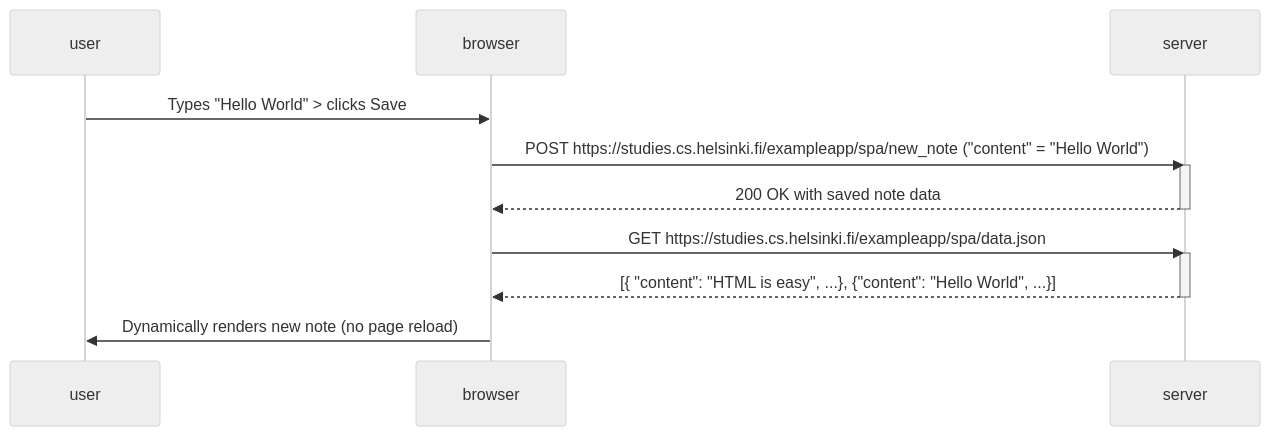
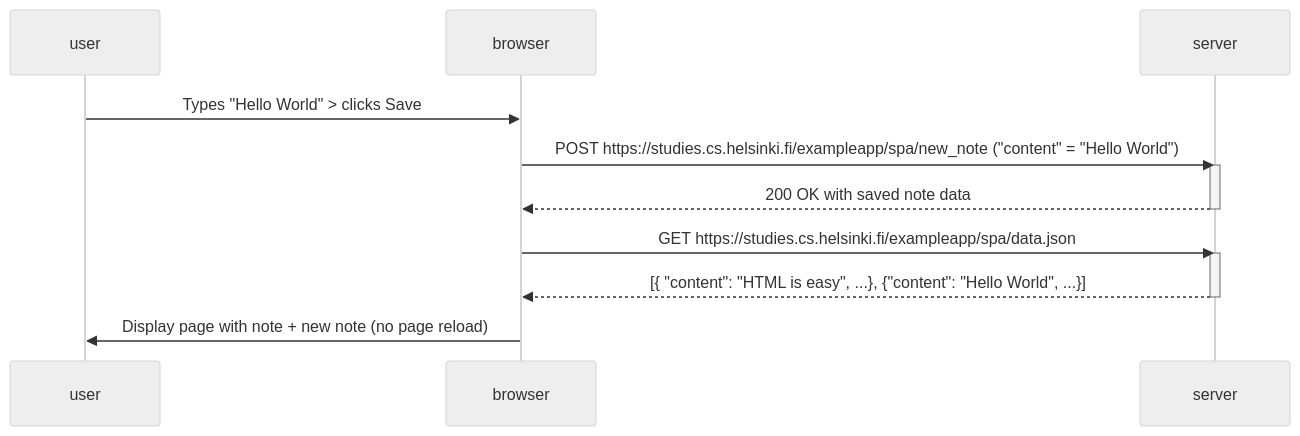
The diagram in part0 (0.4-0.6)/0.6.md (Kskx2203/fullStackOpen), drawn with Mermaid (neutral theme) before and after one commit.

````diff
--- a/part0 (0.4-0.6)/0.6.md
+++ b/part0 (0.4-0.6)/0.6.md
@@ -1,20 +1,20 @@
 ```mermaid
 sequenceDiagram
     participant user
     participant browser
     participant server
 
     %% User enters new note "Hello World"
     user->>browser: Types "Hello World" > clicks Save
     browser->>server: POST https://studies.cs.helsinki.fi/exampleapp/spa/new_note ("content" = "Hello World")
     activate server
     %% No redirect after POST
     server-->>browser: 200 OK with saved note data
     deactivate server
     
     browser->>server: GET https://studies.cs.helsinki.fi/exampleapp/spa/data.json
     activate server
     server-->>browser: [{ "content": "HTML is easy", ...}, {"content": "Hello World", ...}]
     deactivate server
-    browser->>user: Dynamically renders new note (no page reload)
+    browser->>user: Display page with note + new note (no page reload)
 ```
````
